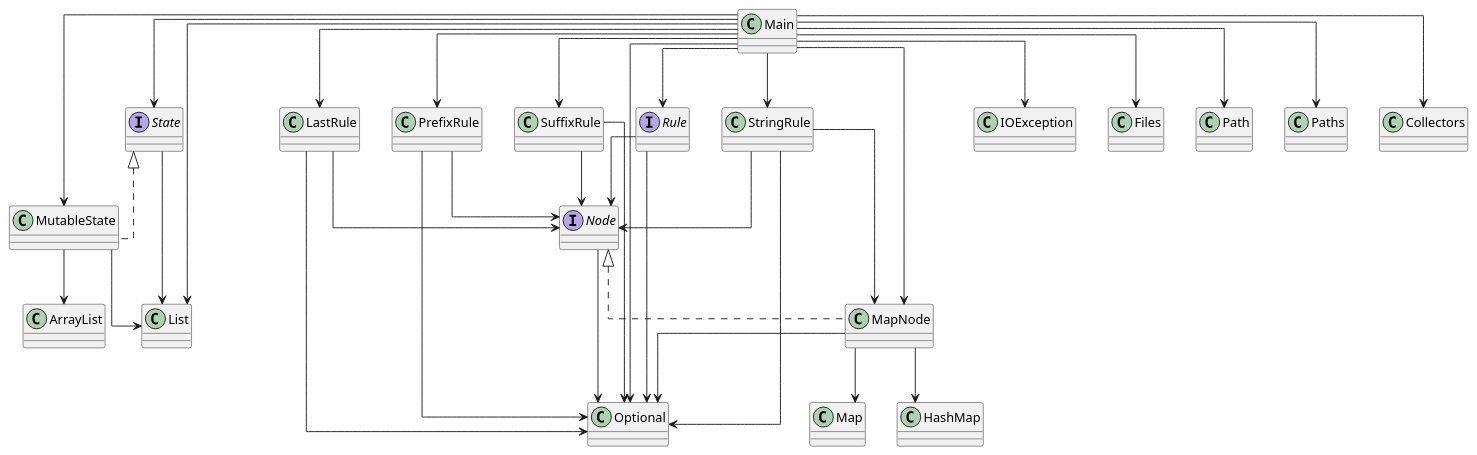
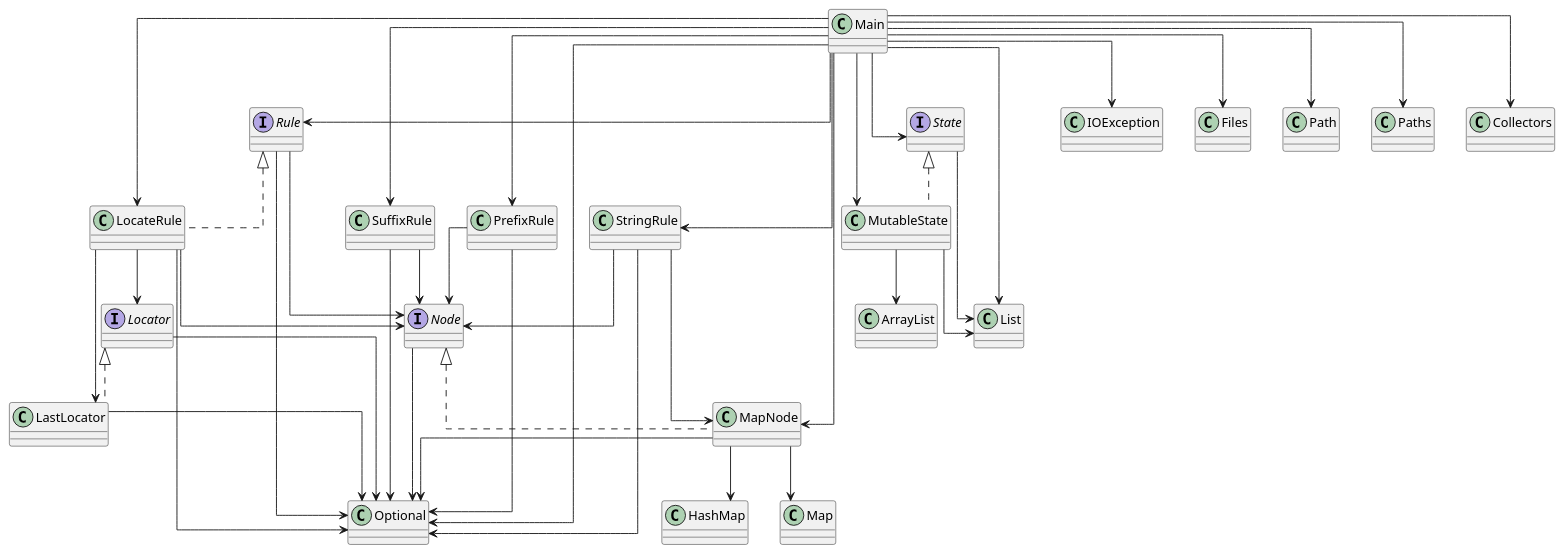
The diagram in diagram.puml (SirMathhman/Magma), drawn with PlantUML before and after one commit. The commit also changed 5 other files, not shown here.

```diff
--- a/diagram.puml
+++ b/diagram.puml
@@ -1,42 +1,49 @@
 @startuml
 skinparam linetype ortho
+LocateRule --> LastLocator
+LocateRule --> Locator
+LocateRule --> Node
+LocateRule --> Optional
+class LocateRule implements Rule
 MutableState --> ArrayList
 MutableState --> List
 class MutableState implements State
 Node --> Optional
 interface Node
 Rule --> Node
 Rule --> Optional
 interface Rule
-Main --> LastRule
+Main --> LocateRule
 Main --> MutableState
 Main --> PrefixRule
 Main --> Rule
 Main --> State
 Main --> StringRule
 Main --> SuffixRule
 Main --> MapNode
 Main --> IOException
 Main --> Files
 Main --> Path
 Main --> Paths
 Main --> List
 Main --> Optional
 Main --> Collectors
 class Main
 MapNode --> HashMap
 MapNode --> Map
 MapNode --> Optional
 class MapNode implements Node
 StringRule --> MapNode
 StringRule --> Node
 StringRule --> Optional
-LastRule --> Node
-LastRule --> Optional
+Locator --> Optional
+interface Locator
 PrefixRule --> Node
 PrefixRule --> Optional
 SuffixRule --> Node
 SuffixRule --> Optional
+LastLocator --> Optional
+class LastLocator implements Locator
 State --> List
 interface State
 @enduml
```
